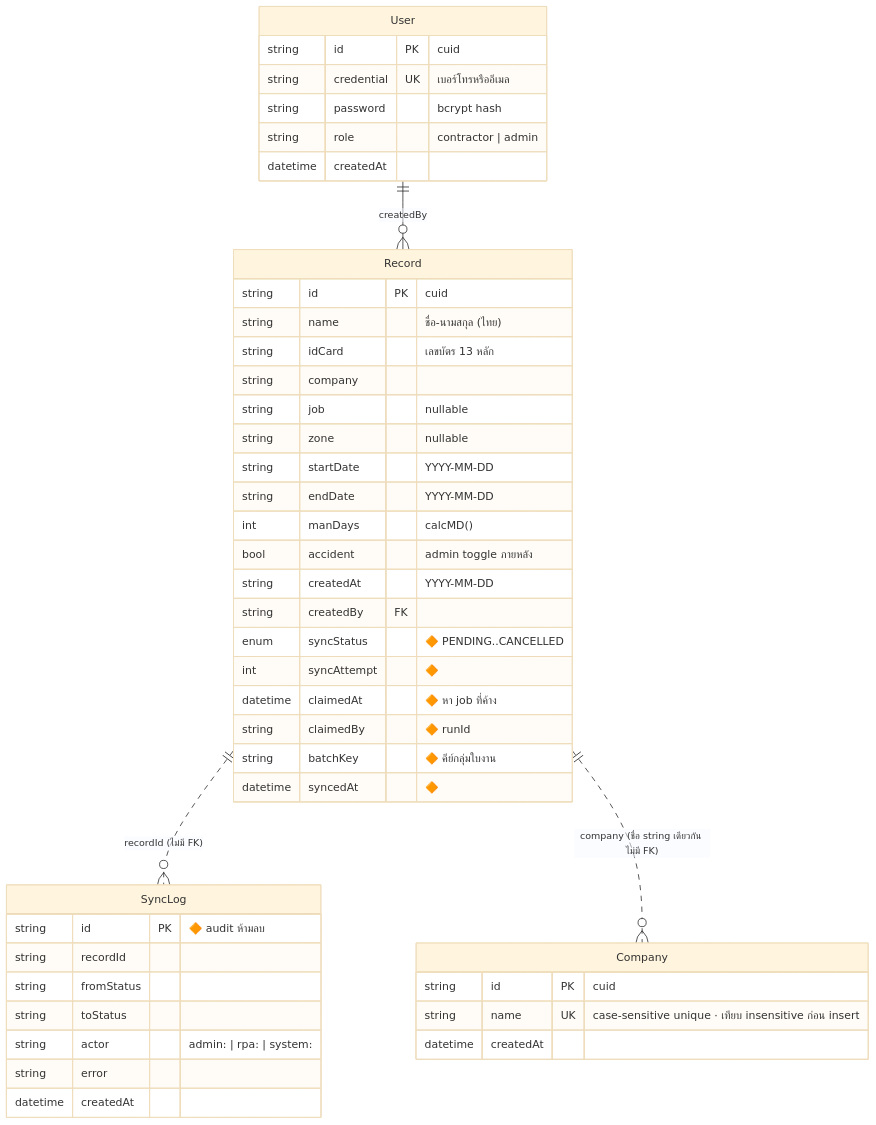
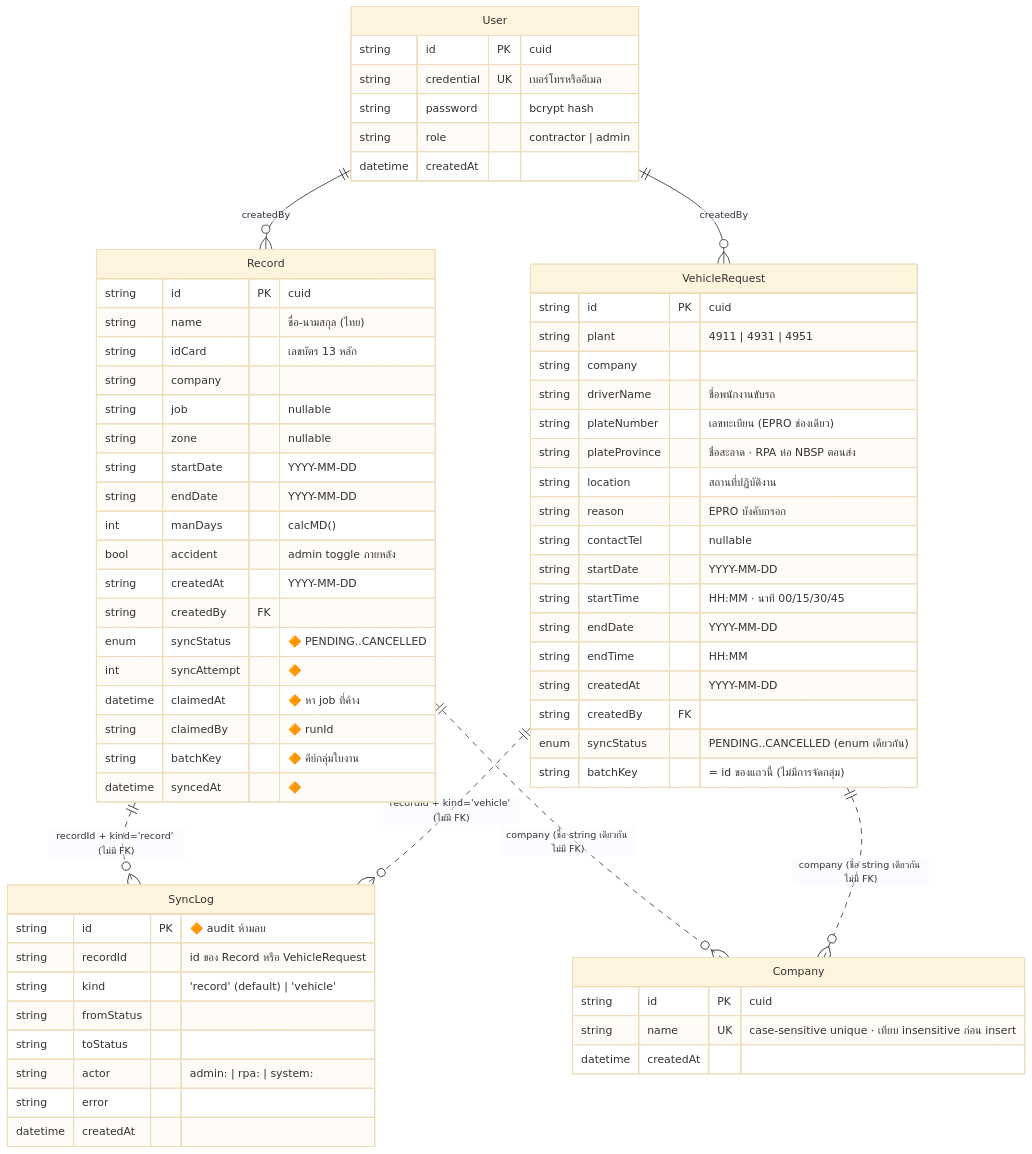
One commit to Prachya-8bit/Gate-pass-system changed the third of 7 diagrams in docs/architecture.md. Above: the diagram before and after it, drawn with Mermaid (base theme). The commit also changed other lines of this file and 3 other files, not shown here.

````diff
--- a/docs/architecture.md
+++ b/docs/architecture.md
@@ -103,48 +112,71 @@
 ```mermaid
 erDiagram
     User ||--o{ Record : "createdBy"
-    Record ||..o{ SyncLog : "recordId (ไม่มี FK)"
+    User ||--o{ VehicleRequest : "createdBy"
+    Record ||..o{ SyncLog : "recordId + kind='record' (ไม่มี FK)"
+    VehicleRequest ||..o{ SyncLog : "recordId + kind='vehicle' (ไม่มี FK)"
     Record ||..o{ Company : "company (ชื่อ string เดียวกัน ไม่มี FK)"
+    VehicleRequest ||..o{ Company : "company (ชื่อ string เดียวกัน ไม่มี FK)"
 
     User {
         string id PK "cuid"
         string credential UK "เบอร์โทรหรืออีเมล"
         string password "bcrypt hash"
         string role "contractor | admin"
         datetime createdAt
     }
     Record {
         string id PK "cuid"
         string name "ชื่อ-นามสกุล (ไทย)"
         string idCard "เลขบัตร 13 หลัก"
         string company
         string job "nullable"
         string zone "nullable"
         string startDate "YYYY-MM-DD"
         string endDate "YYYY-MM-DD"
         int manDays "calcMD()"
         bool accident "admin toggle ภายหลัง"
         string createdAt "YYYY-MM-DD"
         string createdBy FK
         enum syncStatus "🔶 PENDING..CANCELLED"
         int syncAttempt "🔶"
         datetime claimedAt "🔶 หา job ที่ค้าง"
         string claimedBy "🔶 runId"
         string batchKey "🔶 คีย์กลุ่มใบงาน"
         datetime syncedAt "🔶"
     }
+    VehicleRequest {
+        string id PK "cuid"
+        string plant "4911 | 4931 | 4951"
+        string company
+        string driverName "ชื่อพนักงานขับรถ"
+        string plateNumber "เลขทะเบียน (EPRO ช่องเดียว)"
+        string plateProvince "ชื่อสะอาด · RPA ห่อ NBSP ตอนส่ง"
+        string location "สถานที่ปฏิบัติงาน"
+        string reason "EPRO บังคับกรอก"
+        string contactTel "nullable"
+        string startDate "YYYY-MM-DD"
+        string startTime "HH:MM · นาที 00/15/30/45"
+        string endDate "YYYY-MM-DD"
+        string endTime "HH:MM"
+        string createdAt "YYYY-MM-DD"
+        string createdBy FK
+        enum syncStatus "PENDING..CANCELLED (enum เดียวกัน)"
+        string batchKey "= id ของแถวนี้ (ไม่มีการจัดกลุ่ม)"
+    }
     SyncLog {
         string id PK "🔶 audit ห้ามลบ"
-        string recordId
+        string recordId "id ของ Record หรือ VehicleRequest"
+        string kind "'record' (default) | 'vehicle'"
         string fromStatus
         string toStatus
         string actor "admin: | rpa: | system:"
         string error
         datetime createdAt
     }
     Company {
         string id PK "cuid"
         string name UK "case-sensitive unique · เทียบ insensitive ก่อน insert"
         datetime createdAt
     }
 ```
````
